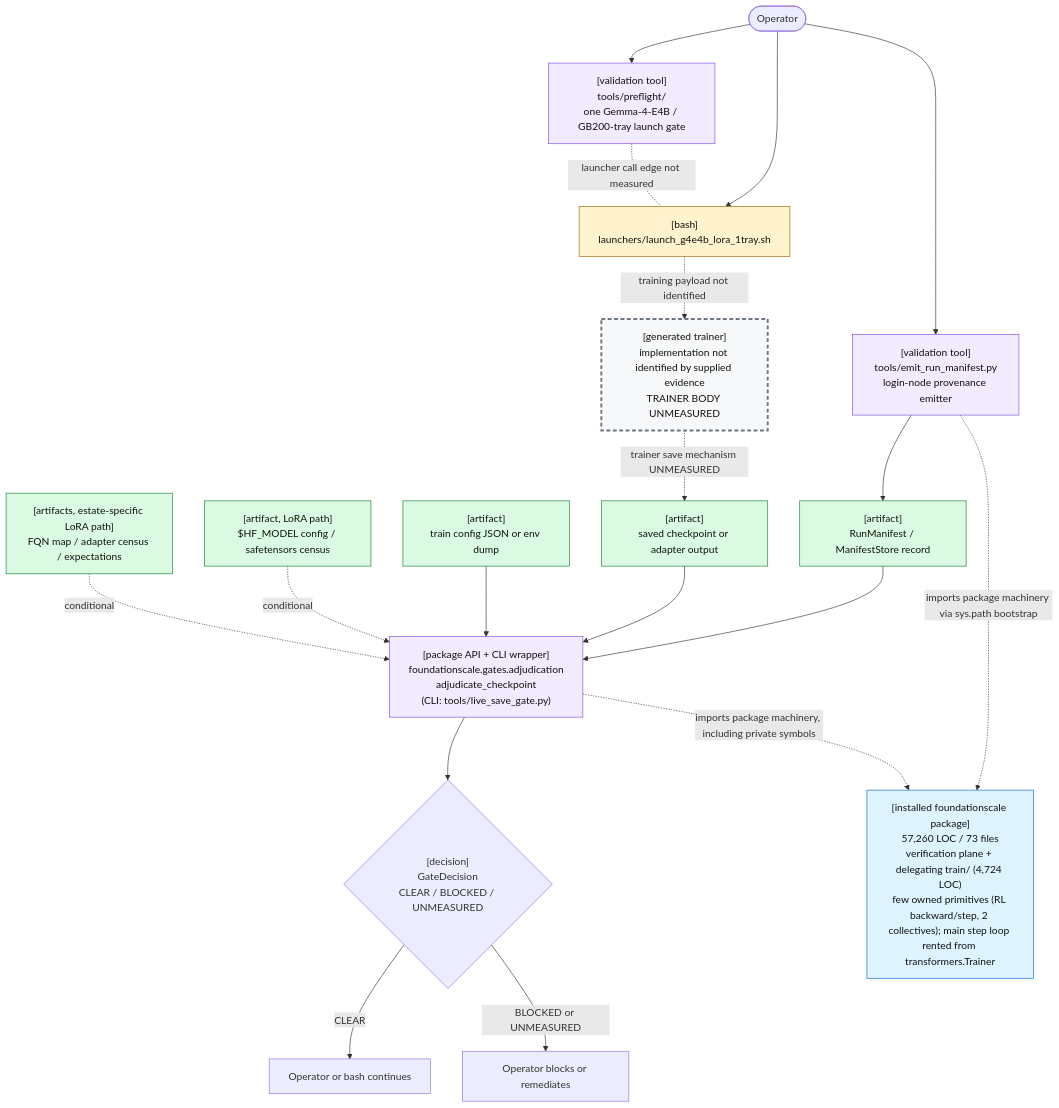
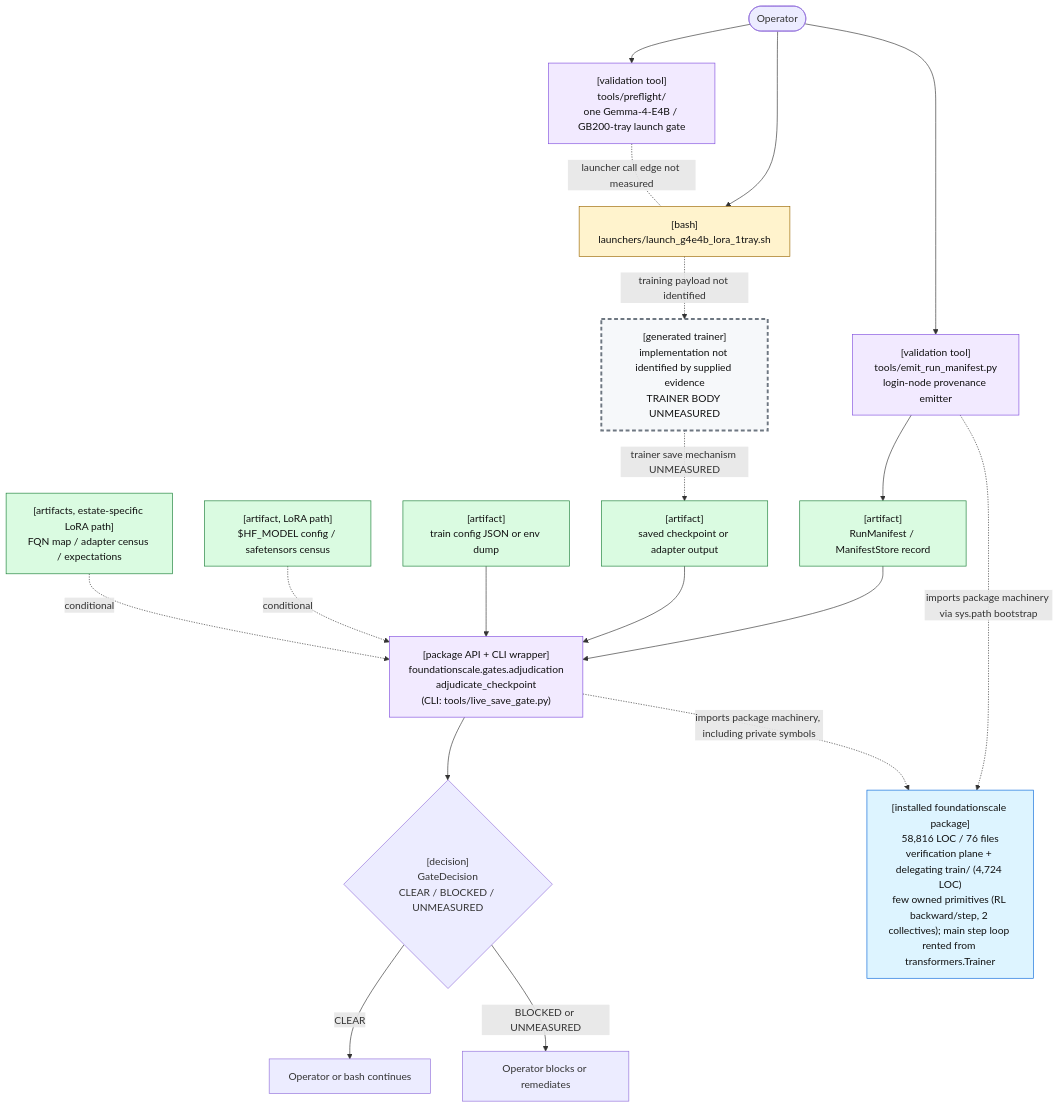
Before and after one commit to TranNhiem/FoundationScale: the first of 2 diagrams in docs/review/D2_current_architecture.md, drawn with Mermaid. The commit also changed other lines of this file and 26 other files, not shown here.

````diff
--- a/docs/review/D2_current_architecture.md
+++ b/docs/review/D2_current_architecture.md
@@ -25,59 +25,59 @@
 ```mermaid
 flowchart TB
   O(["Operator"])
 
   PF["[validation tool]<br/>tools/preflight/<br/>one Gemma-4-E4B / GB200-tray launch gate"]
   L["[bash]<br/>launchers/launch_g4e4b_lora_1tray.sh"]
 
   E["[validation tool]<br/>tools/emit_run_manifest.py<br/>login-node provenance emitter"]
   M["[artifact]<br/>RunManifest / ManifestStore record"]
 
   T["[generated trainer]<br/>implementation not identified by supplied evidence<br/>TRAINER BODY UNMEASURED"]
   C["[artifact]<br/>saved checkpoint or adapter output"]
 
   G["[package API + CLI wrapper]<br/>foundationscale.gates.adjudication<br/>adjudicate_checkpoint<br/>(CLI: tools/live_save_gate.py)"]
   CFG["[artifact]<br/>train config JSON or env dump"]
   BASE["[artifact, LoRA path]<br/>$HF_MODEL config / safetensors census"]
   CEN["[artifacts, estate-specific LoRA path]<br/>FQN map / adapter census / expectations"]
 
   D{"[decision]<br/>GateDecision<br/>CLEAR / BLOCKED / UNMEASURED"}
   OK["Operator or bash continues"]
   NO["Operator blocks or remediates"]
 
-  PKG["[installed foundationscale package]<br/>57,260 LOC / 73 files<br/>verification plane + delegating train/ (4,724 LOC)<br/>few owned primitives (RL backward/step, 2 collectives); main step loop rented from transformers.Trainer"]
+  PKG["[installed foundationscale package]<br/>58,816 LOC / 76 files<br/>verification plane + delegating train/ (4,724 LOC)<br/>few owned primitives (RL backward/step, 2 collectives); main step loop rented from transformers.Trainer"]
 
   O --> PF
   O --> L
   PF -. "launcher call edge not measured" .- L
 
   O --> E
   E --> M
 
   L -. "training payload not identified" .-> T
   T -. "trainer save mechanism UNMEASURED" .-> C
 
   M --> G
   C --> G
   CFG --> G
   BASE -. "conditional" .-> G
   CEN -. "conditional" .-> G
 
   E -. "imports package machinery via sys.path bootstrap" .-> PKG
   G -. "imports package machinery, including private symbols" .-> PKG
 
   G --> D
   D -->|"CLEAR"| OK
   D -->|"BLOCKED or UNMEASURED"| NO
 
   classDef bash fill:#fff3cd,stroke:#9a6700,color:#111;
   classDef tool fill:#f2eaff,stroke:#8250df,color:#111;
   classDef artifact fill:#dafbe1,stroke:#1a7f37,color:#111;
   classDef gap fill:#f6f8fa,stroke:#6e7781,stroke-width:3px,stroke-dasharray: 6 4,color:#111;
   classDef pkg fill:#ddf4ff,stroke:#0969da,color:#111;
 
   class L bash;
   class PF,E,G tool;
   class M,C,CFG,BASE,CEN artifact;
   class T gap;
   class PKG pkg;
 ```
````
